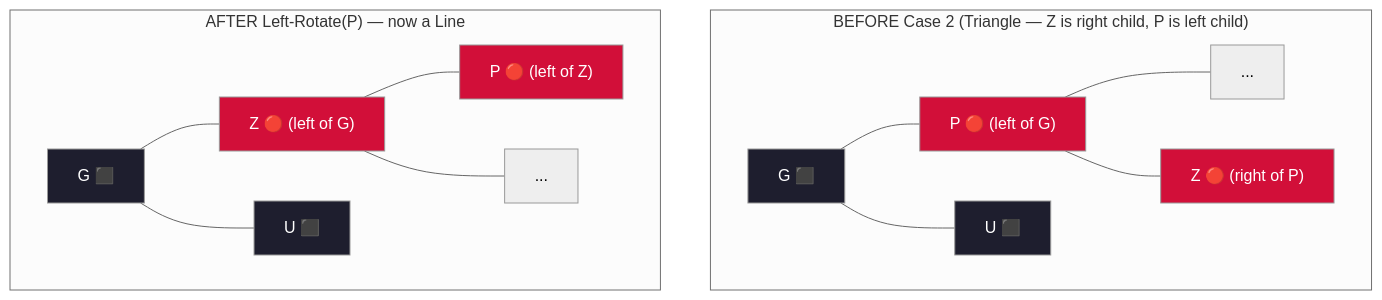
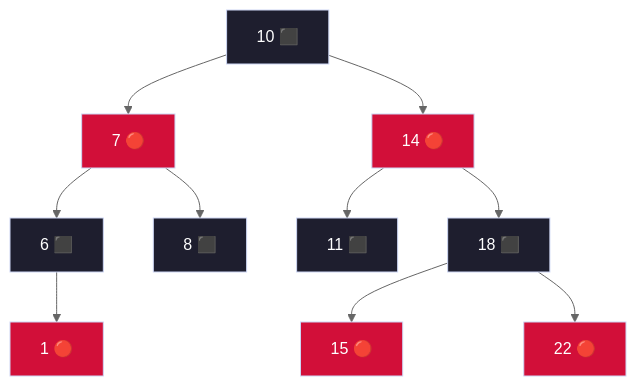
Diagram 11 of 29 in notes/design_and_analysis_of_algorithms/Unit_04_Advanced_Data_Structures.md (DeepLumiere/DeepSkills), drawn with Mermaid (neutral theme) before and after one commit. The commit also changed other lines of this file, not shown here.

````diff
--- a/notes/design_and_analysis_of_algorithms/Unit_04_Advanced_Data_Structures.md
+++ b/notes/design_and_analysis_of_algorithms/Unit_04_Advanced_Data_Structures.md
@@ -166,23 +364,22 @@
 ```mermaid
 flowchart TD
-    subgraph "BEFORE Case 2 (Triangle — Z is right child, P is left child)"
-        G1["G ⬛"] --- P1["P 🔴 (left of G)"]
-        G1 --- U1["U ⬛"]
-        P1 --- N1["..."]
-        P1 --- Z1["Z 🔴 (right of P)"]
-        style G1 fill:#1e1e2e,color:#fff
-        style P1 fill:#d20f39,color:#fff
-        style U1 fill:#1e1e2e,color:#fff
-        style Z1 fill:#d20f39,color:#fff
-    end
-    subgraph "AFTER Left-Rotate(P) — now a Line"
-        G2["G ⬛"] --- Z2["Z 🔴 (left of G)"]
-        G2 --- U2["U ⬛"]
-        Z2 --- P2["P 🔴 (left of Z)"]
-        Z2 --- N2["..."]
-        style G2 fill:#1e1e2e,color:#fff
-        style Z2 fill:#d20f39,color:#fff
-        style U2 fill:#1e1e2e,color:#fff
-        style P2 fill:#d20f39,color:#fff
-    end
+    s10["10 ⬛"] --> s10l["7 🔴"]
+    s10 --> s10r["14 🔴"]
+    s10l --> s10ll["6 ⬛"]
+    s10l --> s10lr["8 ⬛"]
+    s10r --> s10rl["11 ⬛"]
+    s10r --> s10rr["18 ⬛"]
+    s10ll --> s10lll["1 🔴"]
+    s10rr --> s10rrl["15 🔴"]
+    s10rr --> s10rrr["22 🔴"]
+    style s10 fill:#1e1e2e,color:#fff,stroke:#cdd6f4
+    style s10l fill:#d20f39,color:#fff,stroke:#cdd6f4
+    style s10r fill:#d20f39,color:#fff,stroke:#cdd6f4
+    style s10ll fill:#1e1e2e,color:#fff,stroke:#cdd6f4
+    style s10lr fill:#1e1e2e,color:#fff,stroke:#cdd6f4
+    style s10rl fill:#1e1e2e,color:#fff,stroke:#cdd6f4
+    style s10rr fill:#1e1e2e,color:#fff,stroke:#cdd6f4
+    style s10lll fill:#d20f39,color:#fff,stroke:#cdd6f4
+    style s10rrl fill:#d20f39,color:#fff,stroke:#cdd6f4
+    style s10rrr fill:#d20f39,color:#fff,stroke:#cdd6f4
 ```
````
